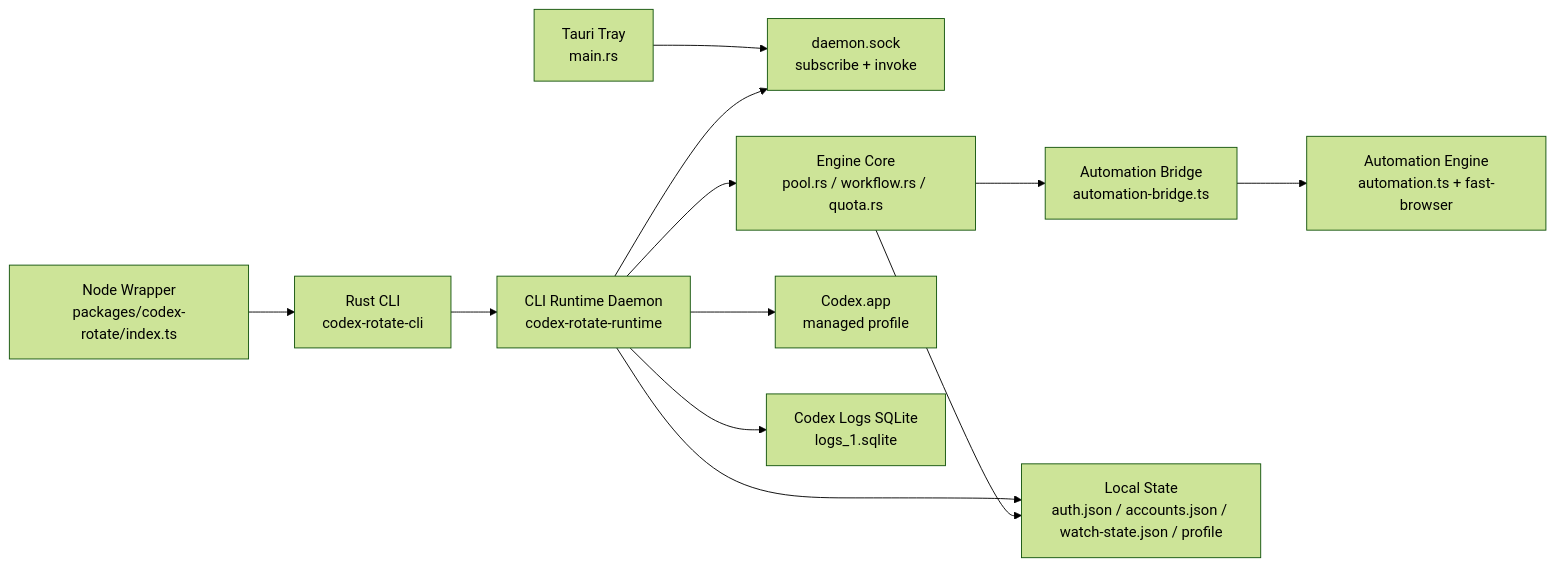
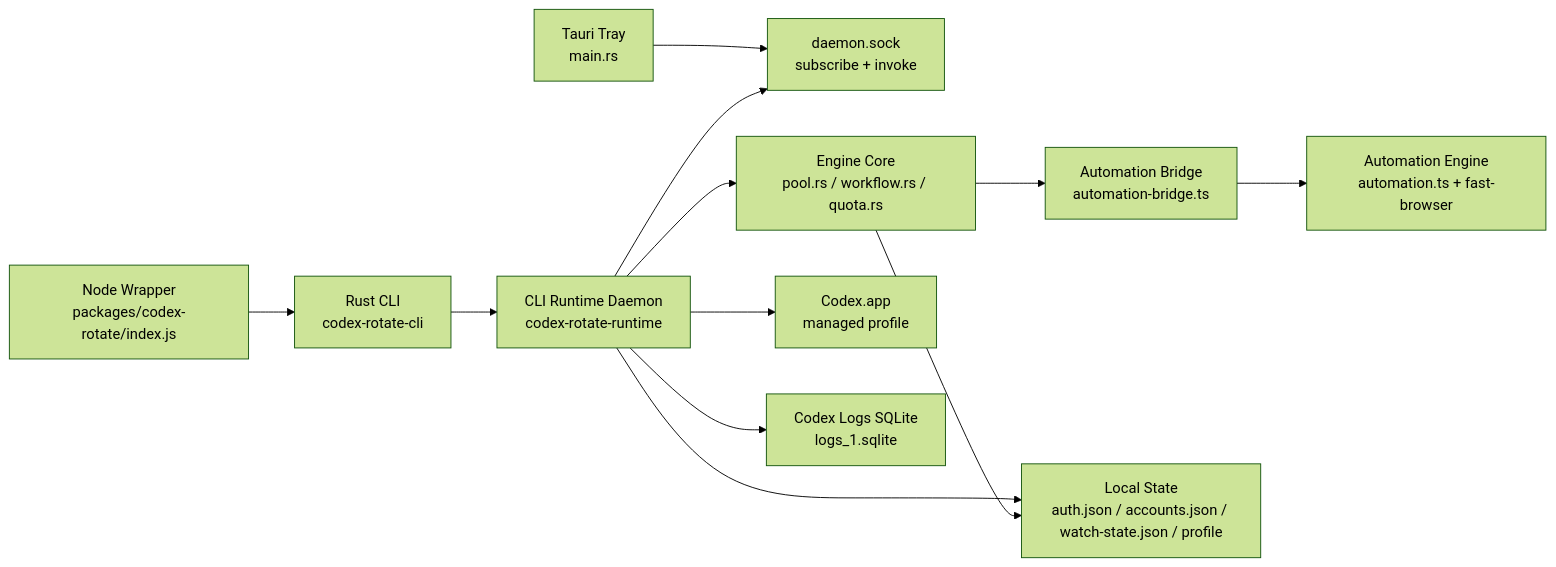
Before and after one commit to omar391/ai-tools: the first of 3 diagrams in packages/codex-rotate-app/architecture.md, drawn with Mermaid (forest theme). The commit also changed other lines of this file and 15 other files, not shown here.

First line of the commit message:
refactor(codex-rotate): move managed login out of js

````diff
--- a/packages/codex-rotate-app/architecture.md
+++ b/packages/codex-rotate-app/architecture.md
@@ -25,26 +25,26 @@
 ```mermaid
 flowchart LR
   Tray["Tauri Tray<br/>main.rs"]
   IPC["daemon.sock<br/>subscribe + invoke"]
   Runtime["CLI Runtime Daemon<br/>codex-rotate-runtime"]
   Engine["Engine Core<br/>pool.rs / workflow.rs / quota.rs"]
   CLI["Rust CLI<br/>codex-rotate-cli"]
-  Wrapper["Node Wrapper<br/>packages/codex-rotate/index.ts"]
+  Wrapper["Node Wrapper<br/>packages/codex-rotate/index.js"]
   Bridge["Automation Bridge<br/>automation-bridge.ts"]
   Auto["Automation Engine<br/>automation.ts + fast-browser"]
   Codex["Codex.app<br/>managed profile"]
   Files["Local State<br/>auth.json / accounts.json / watch-state.json / profile"]
   Sqlite["Codex Logs SQLite<br/>logs_1.sqlite"]
 
   Tray --> IPC
   CLI --> Runtime
   Wrapper --> CLI
   Runtime --> IPC
   Runtime --> Engine
   Runtime --> Codex
   Runtime --> Files
   Runtime --> Sqlite
   Engine --> Files
   Engine --> Bridge
   Bridge --> Auto
 ```
````
